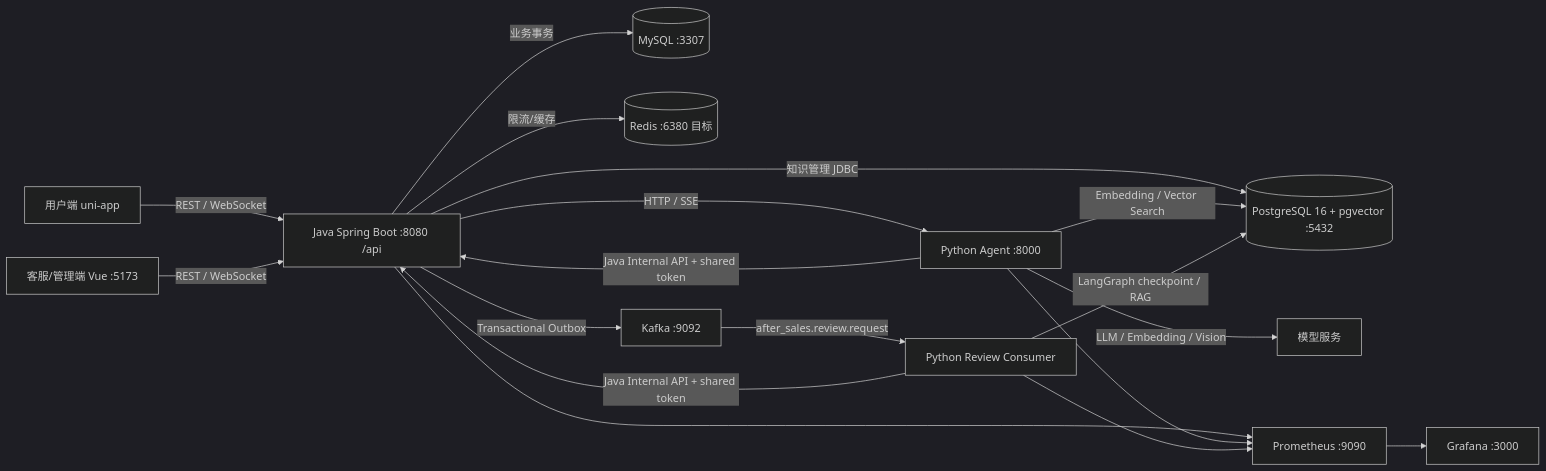
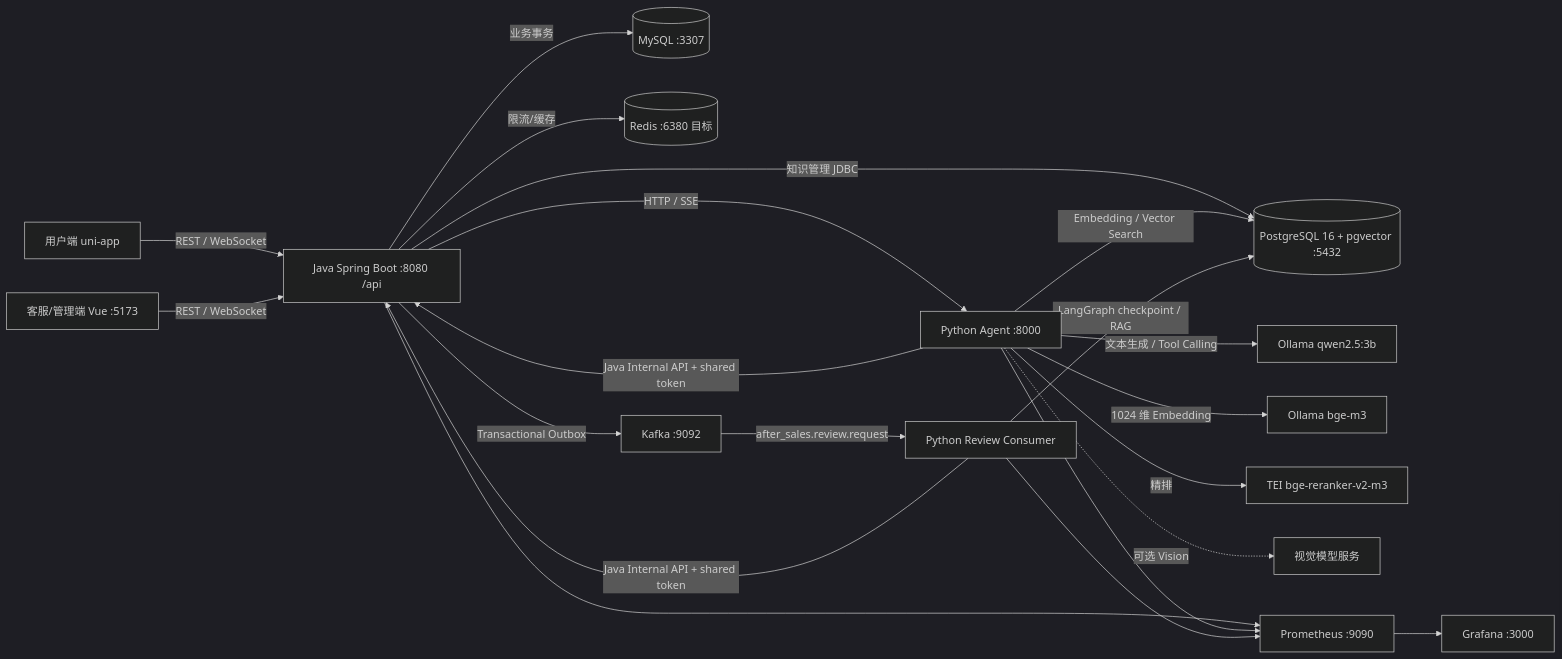
One commit to zuiaiyenai/ecommerce-after-sales-system changed the diagram in docs/PROJECT_ARCHITECTURE.md. Above: the diagram before and after it, drawn with Mermaid (dark theme). The commit also changed other lines of this file and 26 other files, not shown here.

````diff
--- a/docs/PROJECT_ARCHITECTURE.md
+++ b/docs/PROJECT_ARCHITECTURE.md
@@ -46,20 +46,23 @@
 ```mermaid
 flowchart LR
     U[用户端 uni-app] -->|REST / WebSocket| J[Java Spring Boot :8080 /api]
     S[客服/管理端 Vue :5173] -->|REST / WebSocket| J
     J -->|业务事务| M[(MySQL :3307)]
     J -->|限流/缓存| R[(Redis :6380 目标)]
     J -->|知识管理 JDBC| P[(PostgreSQL 16 + pgvector :5432)]
     J -->|HTTP / SSE| A[Python Agent :8000]
     J -->|Transactional Outbox| K[Kafka :9092]
     K -->|after_sales.review.request| C[Python Review Consumer]
     A -->|Embedding / Vector Search| P
     C -->|LangGraph checkpoint / RAG| P
     A -->|Java Internal API + shared token| J
     C -->|Java Internal API + shared token| J
-    A -->|LLM / Embedding / Vision| X[模型服务]
+    A -->|文本生成 / Tool Calling| O[Ollama qwen2.5:3b]
+    A -->|1024 维 Embedding| E[Ollama bge-m3]
+    A -->|精排| T[TEI bge-reranker-v2-m3]
+    A -.->|可选 Vision| X[视觉模型服务]
     J --> PR[Prometheus :9090]
     A --> PR
     C --> PR
     PR --> G[Grafana :3000]
 ```
````
